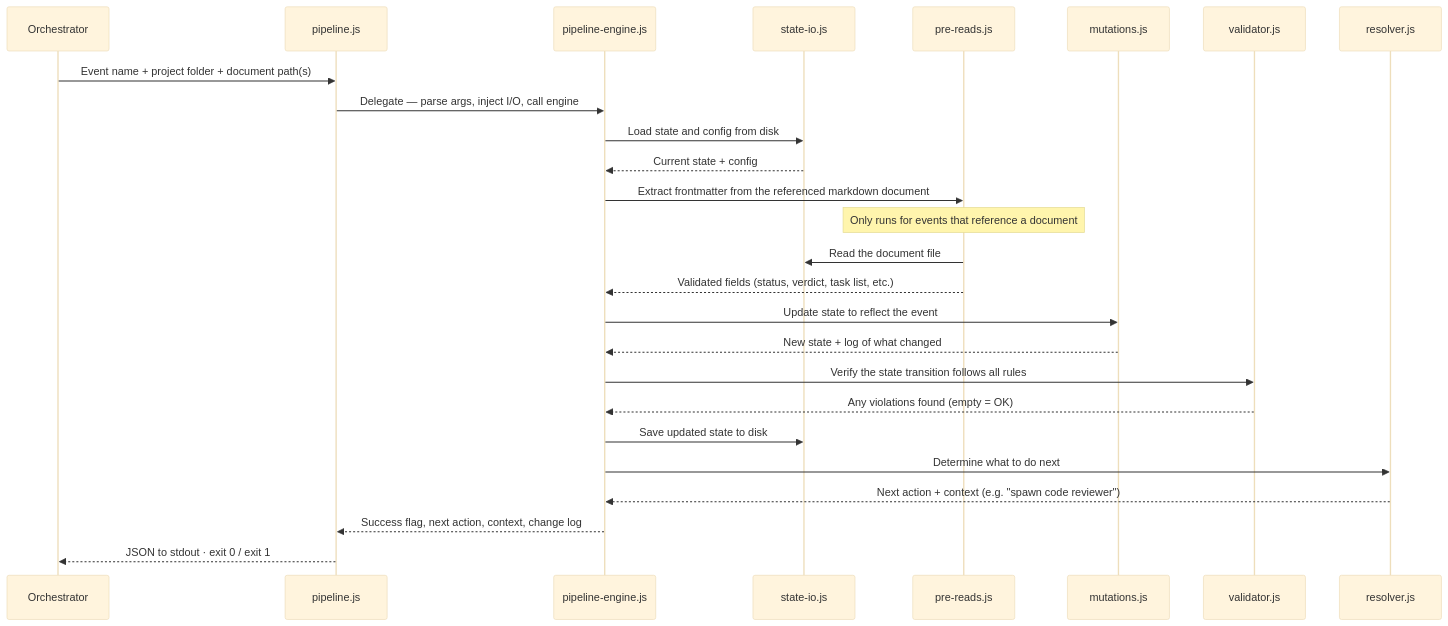
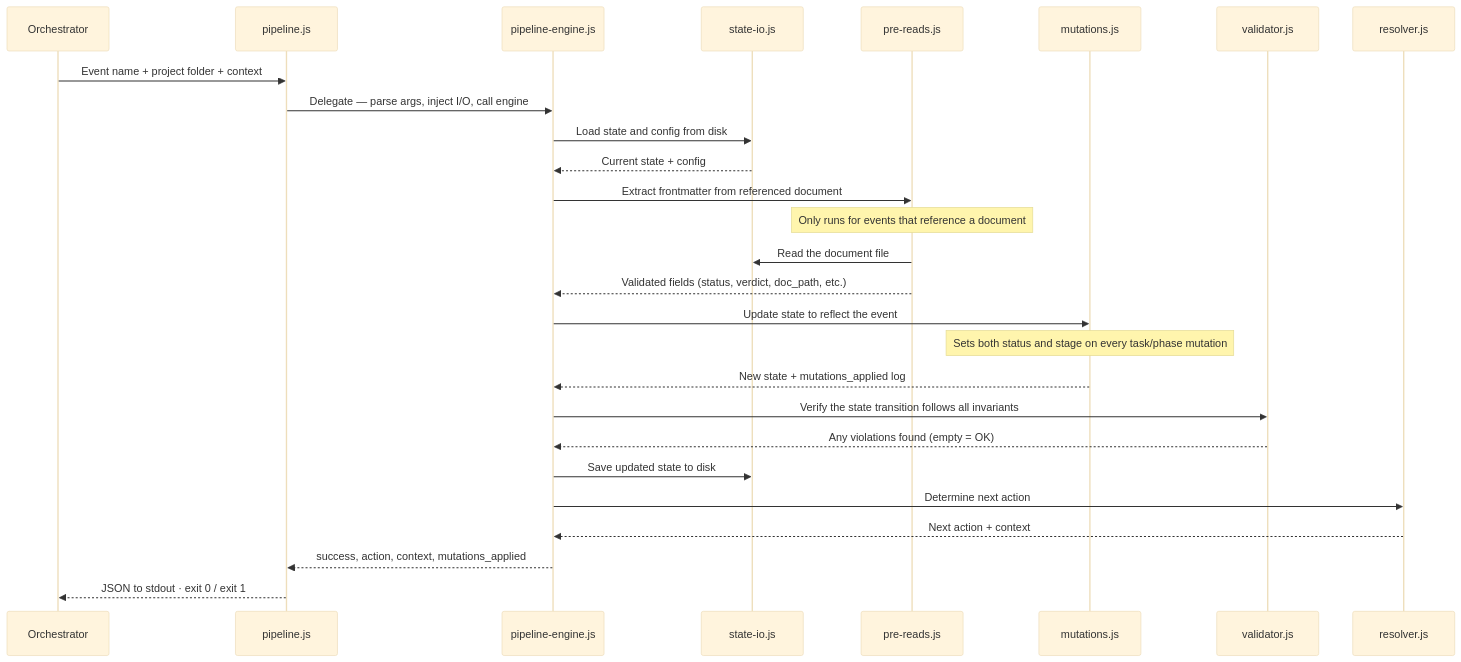
One commit to MetalHexx/RadOrchestration changed the diagram in docs/scripts.md. Above: the diagram before and after it, drawn with Mermaid (base theme). The commit also changed other lines of this file and 13 other files, not shown here.

Commit message:
docs: update agents, skills, instructions, and docs for v4 schema and gate_mode

````diff
--- a/docs/scripts.md
+++ b/docs/scripts.md
@@ -87,36 +86,30 @@
 ```mermaid
 sequenceDiagram
     participant Orch as Orchestrator
     participant CLI as pipeline.js
     participant Eng as pipeline-engine.js
     participant IO as state-io.js
     participant PR as pre-reads.js
     participant Mut as mutations.js
     participant Val as validator.js
     participant Res as resolver.js
 
-    Orch->>CLI: Event name + project folder + document path(s)
+    Orch->>CLI: Event name + project folder + context
     CLI->>Eng: Delegate — parse args, inject I/O, call engine
-
     Eng->>IO: Load state and config from disk
     IO-->>Eng: Current state + config
-
-    Eng->>PR: Extract frontmatter from the referenced markdown document
+    Eng->>PR: Extract frontmatter from referenced document
     Note over PR: Only runs for events that reference a document
     PR->>IO: Read the document file
-    PR-->>Eng: Validated fields (status, verdict, task list, etc.)
-
+    PR-->>Eng: Validated fields (status, verdict, doc_path, etc.)
     Eng->>Mut: Update state to reflect the event
-    Mut-->>Eng: New state + log of what changed
-
-    Eng->>Val: Verify the state transition follows all rules
+    Note over Mut: Sets both status and stage on every task/phase mutation
+    Mut-->>Eng: New state + mutations_applied log
+    Eng->>Val: Verify the state transition follows all invariants
     Val-->>Eng: Any violations found (empty = OK)
-
     Eng->>IO: Save updated state to disk
-
-    Eng->>Res: Determine what to do next
-    Res-->>Eng: Next action + context (e.g. "spawn code reviewer")
-
-    Eng-->>CLI: Success flag, next action, context, change log
+    Eng->>Res: Determine next action
+    Res-->>Eng: Next action + context
+    Eng-->>CLI: success, action, context, mutations_applied
     CLI-->>Orch: JSON to stdout · exit 0 / exit 1
 ```
````
